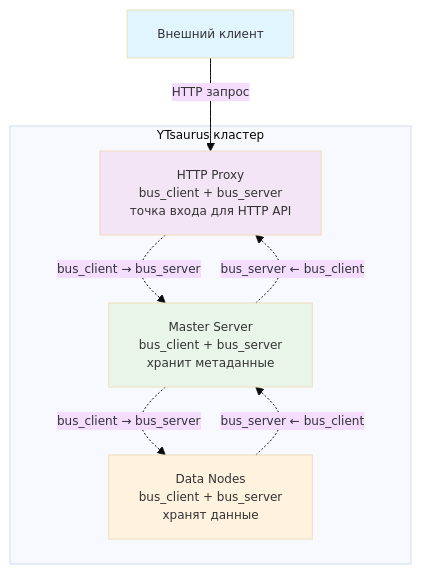
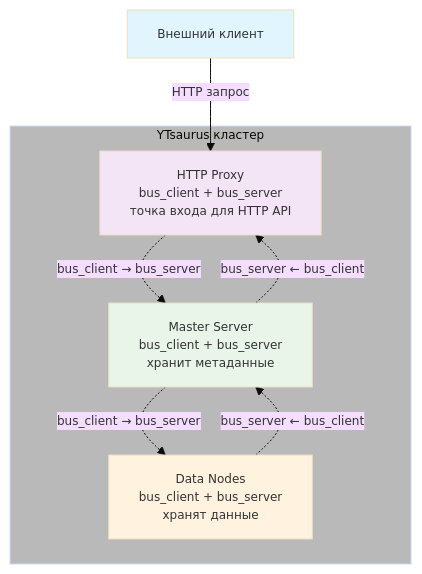
Before and after one commit to ytsaurus/ytsaurus: the second of 3 diagrams in yt/docs/ru/_includes/admin-guide/handshake.md, drawn with Mermaid. The commit also changed other lines of this file, not shown here.

````diff
--- a/yt/docs/ru/_includes/admin-guide/handshake.md
+++ b/yt/docs/ru/_includes/admin-guide/handshake.md
@@ -65,24 +69,25 @@
 ```mermaid
 %%{init: {'theme':'base', 'themeVariables': { 'fontSize': '12px'}}}%%
 graph TB
-    subgraph "YTsaurus кластер"
+    subgraph cluster["YTsaurus кластер"]
         HTTP[HTTP Proxy<br/>bus_client + bus_server<br/>точка входа для HTTP API]
         Master[Master Server<br/>bus_client + bus_server<br/>хранит метаданные]
         Data[Data Nodes<br/>bus_client + bus_server<br/>хранят данные]
     end
 
     Client[Внешний клиент]
 
     Client -->|HTTP запрос| HTTP
     HTTP -.->|bus_client → bus_server| Master
     Master -.->|bus_client → bus_server| Data
 
     %% Обратные соединения
     Master -.->|bus_server ← bus_client| HTTP
     Data -.->|bus_server ← bus_client| Master
 
     style Client fill:#e1f5fe
     style HTTP fill:#f3e5f5
     style Master fill:#e8f5e8
     style Data fill:#fff3e0
+    style cluster fill:#b9b9b9
 ```
````
